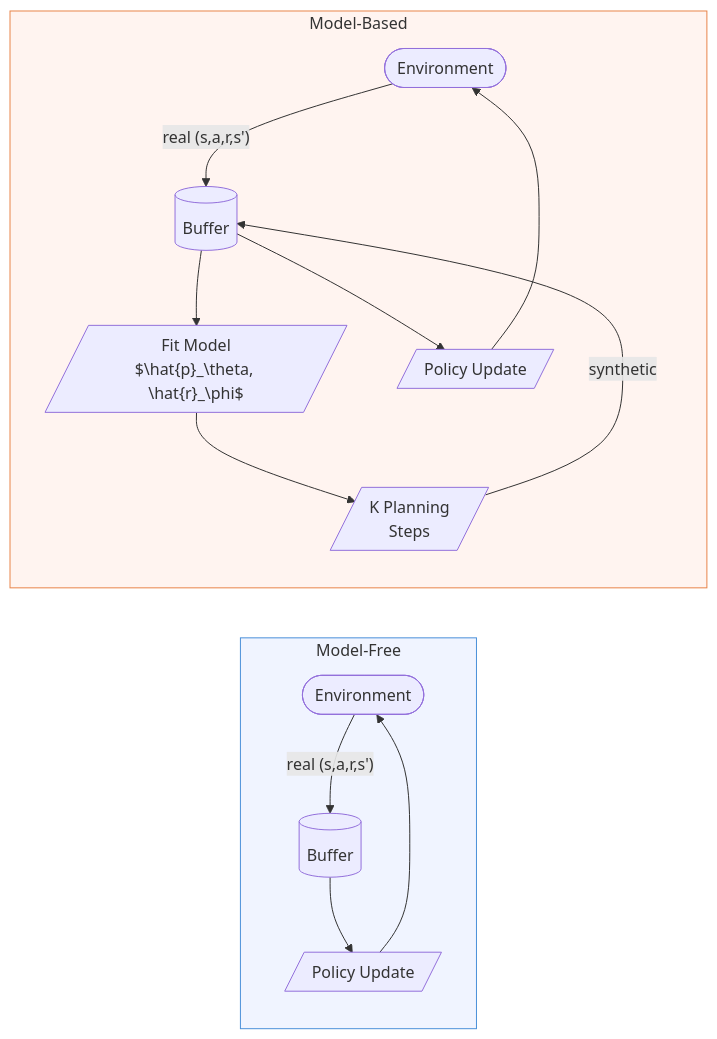
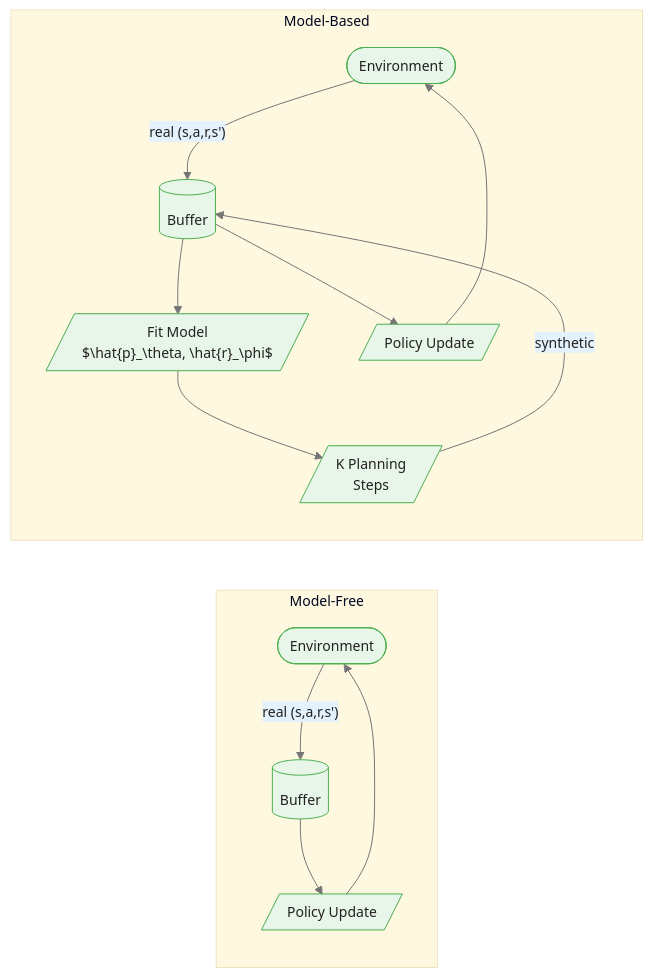
Before and after one commit to m-deane/course-creator: the diagram in courses/reinforcement-learning/modules/module_08_model_based_rl/guides/01_model_based_overview_slides.md, drawn with Mermaid. The commit also changed other lines of this file and 131 other files, not shown here.

````diff
--- a/courses/reinforcement-learning/modules/module_08_model_based_rl/guides/01_model_based_overview_slides.md
+++ b/courses/reinforcement-learning/modules/module_08_model_based_rl/guides/01_model_based_overview_slides.md
@@ -102,20 +122,19 @@
 ```mermaid
+%%{init: {"theme": "base", "themeVariables": {"primaryColor": "#e8f5e9", "primaryBorderColor": "#4caf50", "primaryTextColor": "#212121", "secondaryColor": "#e3f2fd", "tertiaryColor": "#fff8e1", "lineColor": "#757575", "fontFamily": "Inter, sans-serif", "fontSize": "14px"}}}%%
 flowchart LR
     subgraph MF["Model-Free"]
         E1([Environment]) -->|"real (s,a,r,s')"| B1[(Buffer)]
         B1 --> U1[/"Policy Update"/]
         U1 --> E1
     end
 
     subgraph MB["Model-Based"]
         E2([Environment]) -->|"real (s,a,r,s')"| B2[(Buffer)]
         B2 --> FIT[/"Fit Model\n$\hat{p}_\theta, \hat{r}_\phi$"/]
         FIT --> PLAN[/"K Planning\nSteps"/]
         PLAN -->|synthetic| B2
         B2 --> U2[/"Policy Update"/]
         U2 --> E2
     end
 
-    style MF fill:#f0f4ff,stroke:#4A90D9
-    style MB fill:#fff4f0,stroke:#E8844A
 ```
````
